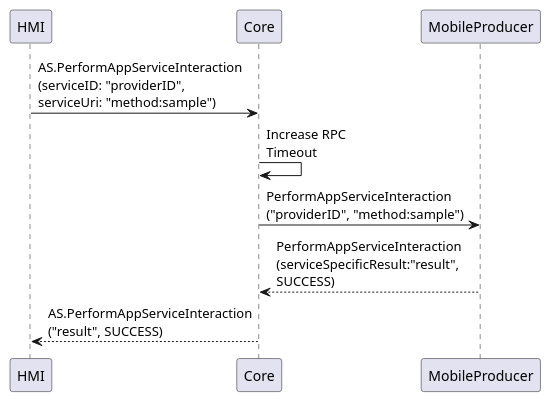
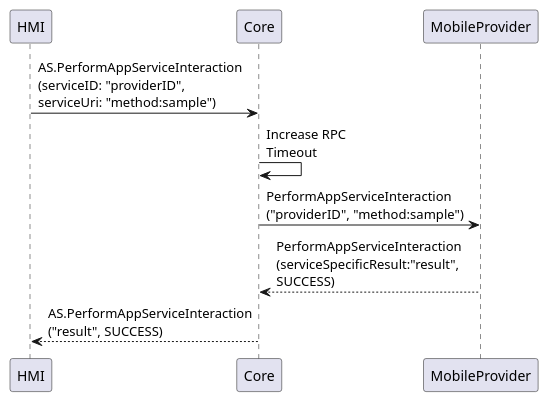
Before and after one commit to smartdevicelink/sdl_hmi_integration_guidelines: the diagram in docs/AppService/PerformAppServiceInteraction/assets/PerformAppServiceInteractionFromHMI.puml, drawn with PlantUML. The commit also changed 7 other files, not shown here.

```diff
--- a/docs/AppService/PerformAppServiceInteraction/assets/PerformAppServiceInteractionFromHMI.puml
+++ b/docs/AppService/PerformAppServiceInteraction/assets/PerformAppServiceInteractionFromHMI.puml
@@ -1,14 +1,14 @@
 @startuml
 
 participant HMI
 participant Core
-participant MobileProducer
+participant MobileProvider
 
 HMI -> Core : AS.PerformAppServiceInteraction\n(serviceID: "providerID", \nserviceUri: "method:sample")
 Core -> Core : Increase RPC \nTimeout
-Core -> MobileProducer : PerformAppServiceInteraction\n("providerID", "method:sample")
+Core -> MobileProvider : PerformAppServiceInteraction\n("providerID", "method:sample")
 
-MobileProducer --> Core : PerformAppServiceInteraction\n(serviceSpecificResult:"result", \nSUCCESS)
+MobileProvider --> Core : PerformAppServiceInteraction\n(serviceSpecificResult:"result", \nSUCCESS)
 
 Core --> HMI : AS.PerformAppServiceInteraction\n("result", SUCCESS)
 @enduml
```
